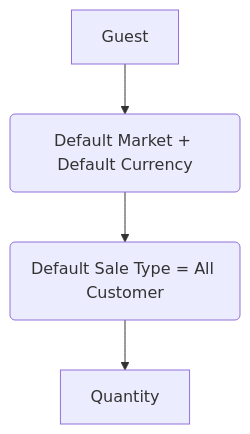
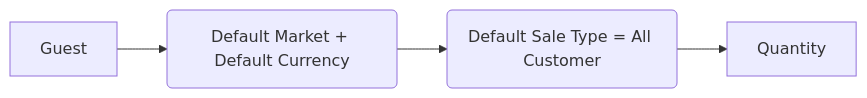
Before and after one commit to danghung1202/awesome-note: the second of 9 diagrams in episerver.md, drawn with Mermaid. The commit also changed other lines of this file and 1 other file, not shown here.

````diff
--- a/episerver.md
+++ b/episerver.md
@@ -484,7 +486,7 @@
 ```mermaid
-    graph TD
+    graph LR
      Guest-->Site(Default Market + Default Currency)
      Site-->SaleType(Default Sale Type = All Customer)
      SaleType-->Quantity
 
 ```
````
